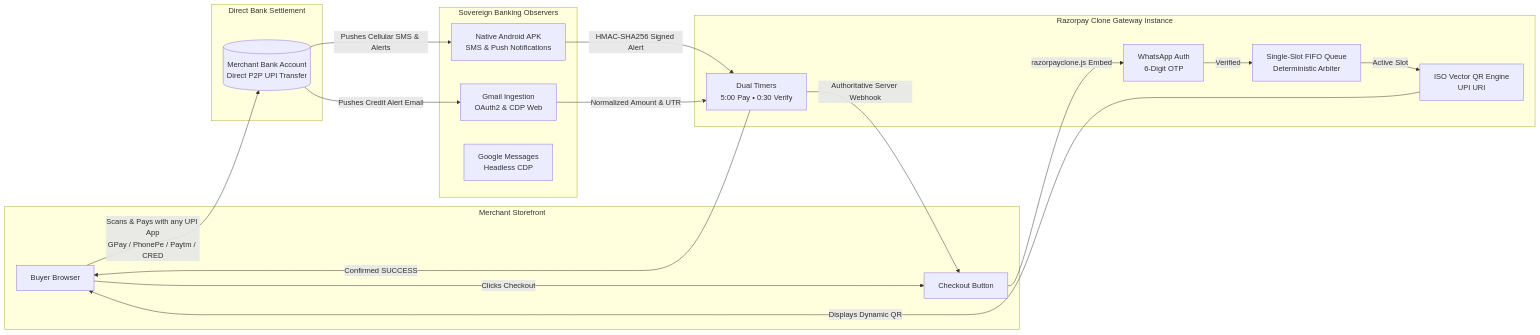
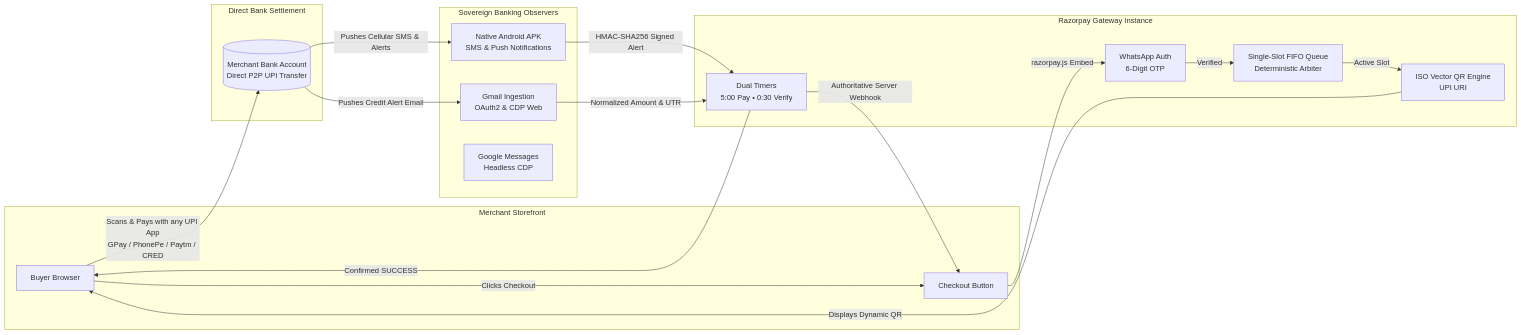
The diagram in README.md (acelion55/razorpayclone), drawn with Mermaid before and after one commit. The commit also changed other lines of this file and 170 other files, not shown here.

````diff
--- a/README.md
+++ b/README.md
@@ -71,40 +70,40 @@
 ```mermaid
 flowchart LR
     subgraph Storefront["Merchant Storefront"]
         Buyer[Buyer Browser]
         Cart[Checkout Button]
     end
 
-    subgraph Gateway["Razorpay Clone Gateway Instance"]
+    subgraph Gateway["Razorpay Gateway Instance"]
         AuthGate[WhatsApp Auth<br/>6-Digit OTP]
         Queue[Single-Slot FIFO Queue<br/>Deterministic Arbiter]
         VectorQR[ISO Vector QR Engine<br/>UPI URI]
         DualTimer[Dual Timers<br/>5:00 Pay • 0:30 Verify]
     end
 
     subgraph BankingMesh["Sovereign Banking Observers"]
         AndroidNode[Native Android APK<br/>SMS & Push Notifications]
         GmailNode[Gmail Ingestion<br/>OAuth2 & CDP Web]
         SMSNode[Google Messages<br/>Headless CDP]
     end
 
     subgraph Settlement["Direct Bank Settlement"]
         MerchantBank[(Merchant Bank Account<br/>Direct P2P UPI Transfer)]
     end
 
     Buyer -->|Clicks Checkout| Cart
-    Cart -->|razorpayclone.js Embed| AuthGate
+    Cart -->|razorpay.js Embed| AuthGate
     AuthGate -->|Verified| Queue
     Queue -->|Active Slot| VectorQR
     VectorQR -->|Displays Dynamic QR| Buyer
 
     Buyer -->|Scans & Pays with any UPI App<br/>GPay / PhonePe / Paytm / CRED| MerchantBank
     MerchantBank -->|Pushes Cellular SMS & Alerts| AndroidNode
     MerchantBank -->|Pushes Credit Alert Email| GmailNode
 
     AndroidNode -->|HMAC-SHA256 Signed Alert| DualTimer
     GmailNode -->|Normalized Amount & UTR| DualTimer
 
     DualTimer -->|Confirmed SUCCESS| Buyer
     DualTimer -->|Authoritative Server Webhook| Cart
 ```
````
